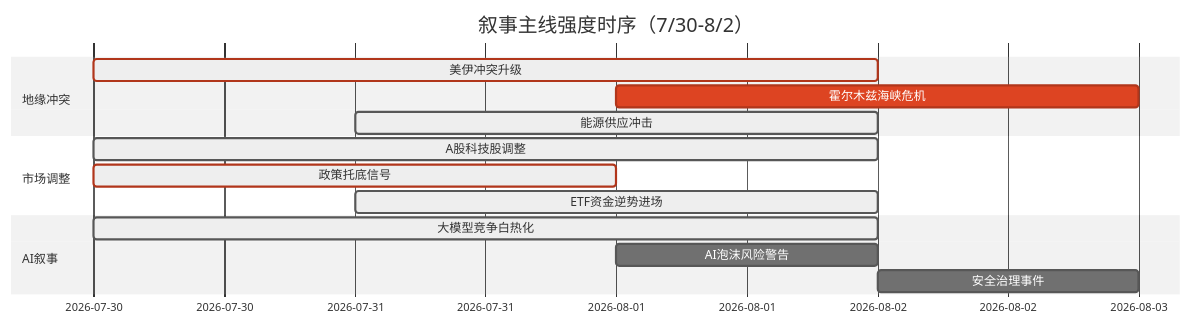
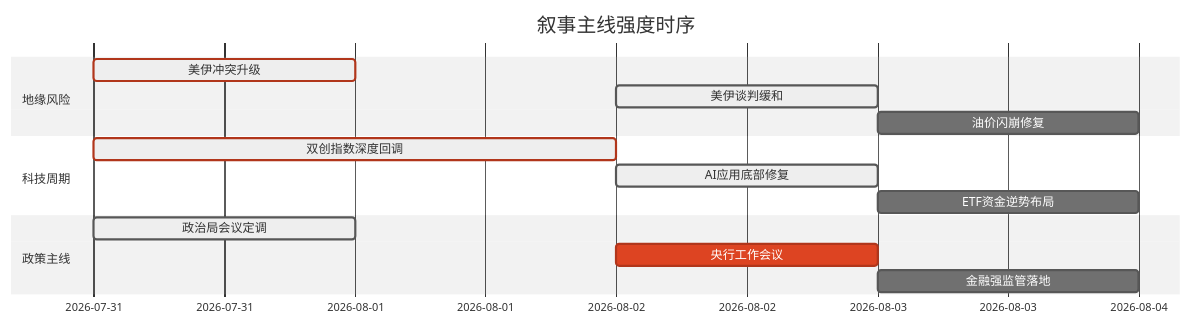
One commit to uu5zn/uu5zn.github.io changed the diagram in 5day_report.md. Above: the diagram before and after it, drawn with Mermaid (neutral theme). The commit also changed other lines of this file and 25 other files, not shown here.

````diff
--- a/5day_report.md
+++ b/5day_report.md
@@ -58,19 +58,19 @@
 ```mermaid
 gantt
-    title 叙事主线强度时序（7/30-8/2）
+    title 叙事主线强度时序
     dateFormat YYYY-MM-DD
-    section 地缘冲突
-    美伊冲突升级        :crit, active, 2026-07-30, 3d
-    霍尔木兹海峡危机    :crit, 2026-08-01, 2d
-    能源供应冲击       :active, 2026-07-31, 2d
+    section 地缘风险
+    美伊冲突升级        :crit, active, 2026-07-31, 1d
+    美伊谈判缓和        :active, 2026-08-02, 1d
+    油价闪崩修复        :2026-08-03, 1d
     
-    section 市场调整
-    A股科技股调整      :active, 2026-07-30, 3d
-    政策托底信号       :crit, active, 2026-07-30, 2d
-    ETF资金逆势进场    :active, 2026-07-31, 2d
+    section 科技周期
+    双创指数深度回调    :crit, active, 2026-07-31, 2d
+    AI应用底部修复      :active, 2026-08-02, 1d
+    ETF资金逆势布局     :2026-08-03, 1d
     
-    section AI叙事
-    大模型竞争白热化   :active, 2026-07-30, 3d
-    AI泡沫风险警告     :2026-08-01, 1d
-    安全治理事件       :2026-08-02, 1d
+    section 政策主线
+    政治局会议定调      :active, 2026-07-31, 1d
+    央行工作会议        :crit, 2026-08-02, 1d
+    金融强监管落地      :2026-08-03, 1d
 ```
````
